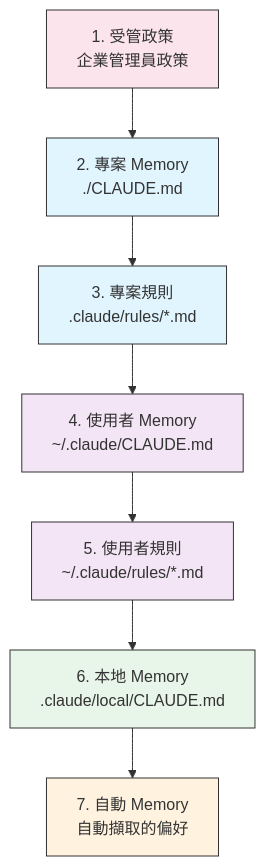
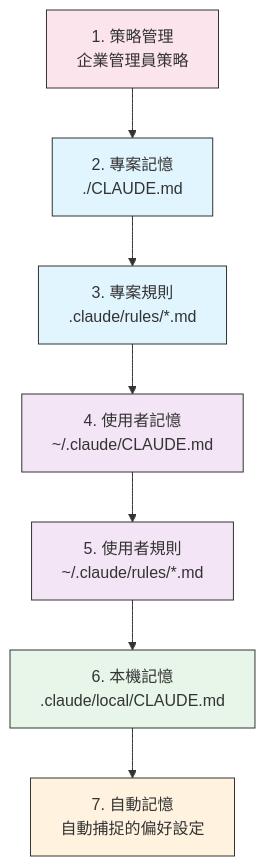
Before and after one commit to huckly/claude-howto-zh-tw: the ninth of 22 diagrams in claude_concepts_guide.md, drawn with Mermaid. The commit also changed other lines of this file and 6 other files, not shown here.

````diff
--- a/claude_concepts_guide.md
+++ b/claude_concepts_guide.md
@@ -568,17 +558,17 @@
 ```mermaid
 graph TD
-    A["1. 受管政策<br/>企業管理員政策"] --> B["2. 專案 Memory<br/>./CLAUDE.md"]
+    A["1. 策略管理<br/>企業管理員策略"] --> B["2. 專案記憶<br/>./CLAUDE.md"]
     B --> C["3. 專案規則<br/>.claude/rules/*.md"]
-    C --> D["4. 使用者 Memory<br/>~/.claude/CLAUDE.md"]
+    C --> D["4. 使用者記憶<br/>~/.claude/CLAUDE.md"]
     D --> E["5. 使用者規則<br/>~/.claude/rules/*.md"]
-    E --> F["6. 本地 Memory<br/>.claude/local/CLAUDE.md"]
-    F --> G["7. 自動 Memory<br/>自動擷取的偏好"]
+    E --> F["6. 本機記憶<br/>.claude/local/CLAUDE.md"]
+    F --> G["7. 自動記憶<br/>自動捕捉的偏好設定"]
 
     style A fill:#fce4ec,stroke:#333,color:#333
     style B fill:#e1f5fe,stroke:#333,color:#333
     style C fill:#e1f5fe,stroke:#333,color:#333
     style D fill:#f3e5f5,stroke:#333,color:#333
     style E fill:#f3e5f5,stroke:#333,color:#333
     style F fill:#e8f5e9,stroke:#333,color:#333
     style G fill:#fff3e0,stroke:#333,color:#333
 ```
````
